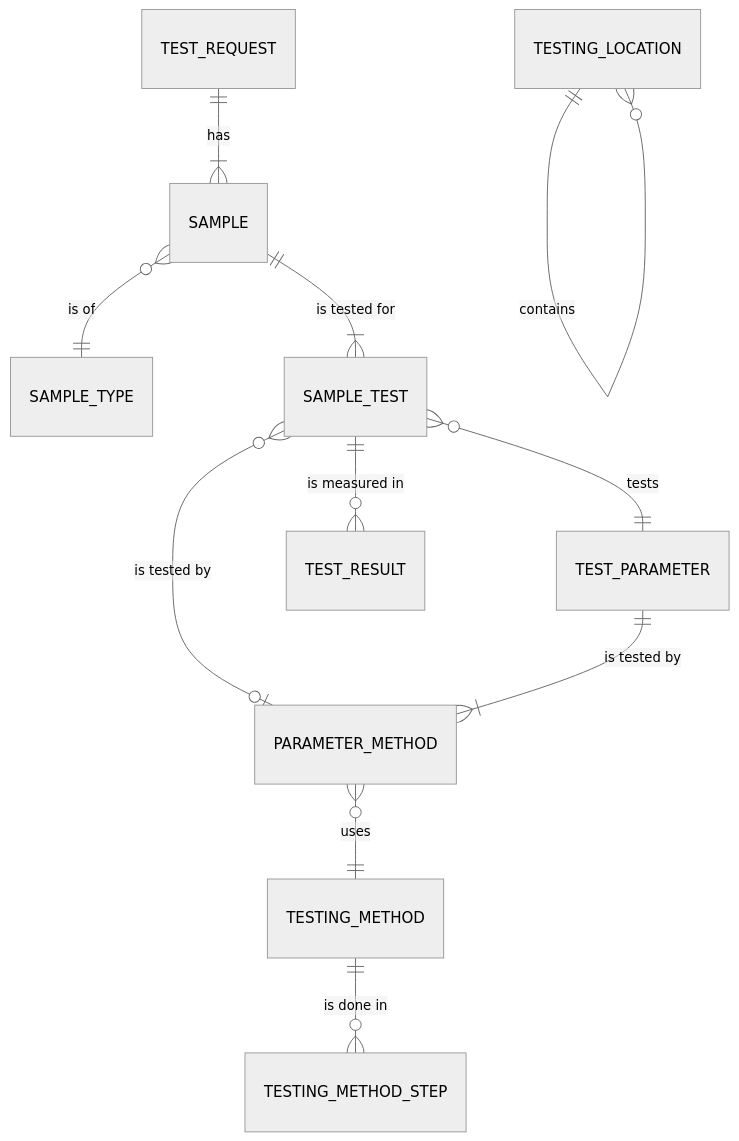
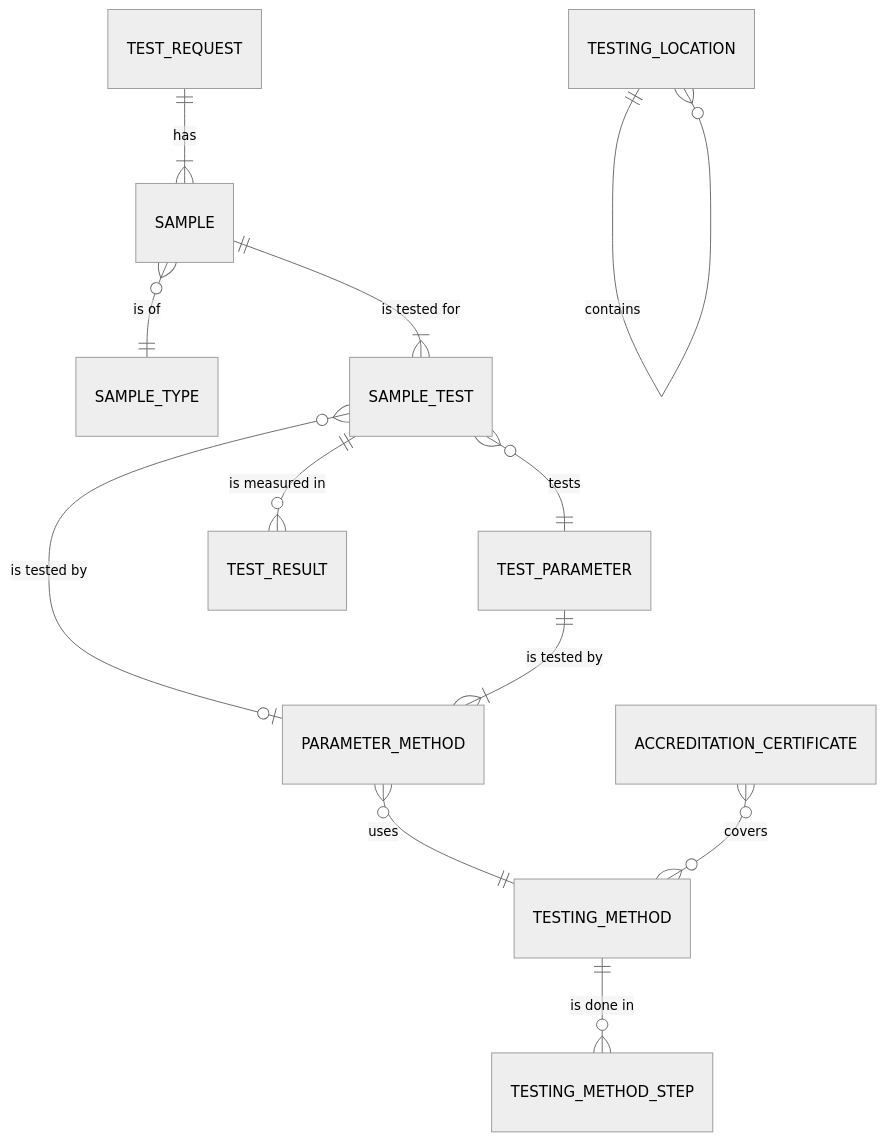
One commit to SoltuneMontepre/medilab changed the first of 6 diagrams in docs/functional/laboratory_module/overview.md. Above: the diagram before and after it, drawn with Mermaid (neutral theme). The commit also changed 4 other files, not shown here.

````diff
--- a/docs/functional/laboratory_module/overview.md
+++ b/docs/functional/laboratory_module/overview.md
@@ -14,13 +14,14 @@
 ```mermaid
 erDiagram
     TEST_REQUEST ||--|{ SAMPLE : has
     SAMPLE }o--|| SAMPLE_TYPE : "is of"
     SAMPLE ||--|{ SAMPLE_TEST : "is tested for"
     SAMPLE_TEST }o--|| TEST_PARAMETER : tests
     SAMPLE_TEST }o--o| PARAMETER_METHOD : "is tested by"
     TEST_PARAMETER ||--|{ PARAMETER_METHOD : "is tested by"
     PARAMETER_METHOD }o--|| TESTING_METHOD : uses
     TESTING_METHOD ||--o{ TESTING_METHOD_STEP : "is done in"
     TESTING_LOCATION ||--o{ TESTING_LOCATION : contains
+    ACCREDITATION_CERTIFICATE }o--o{ TESTING_METHOD : covers
     SAMPLE_TEST ||--o{ TEST_RESULT : "is measured in"
 ```
````
